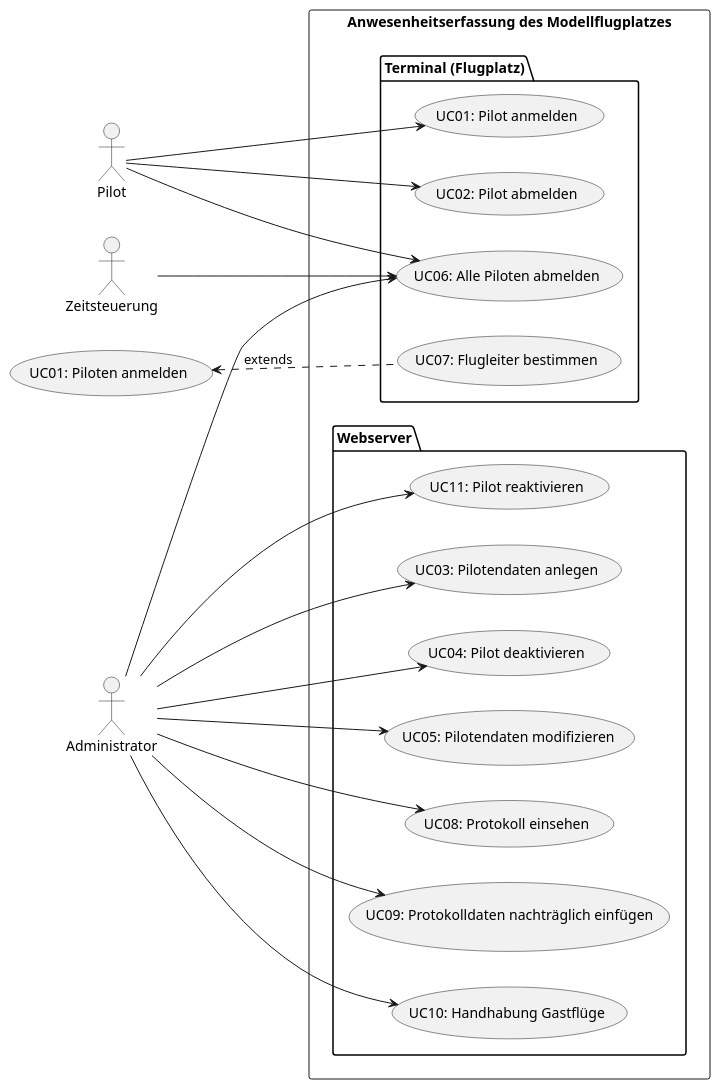
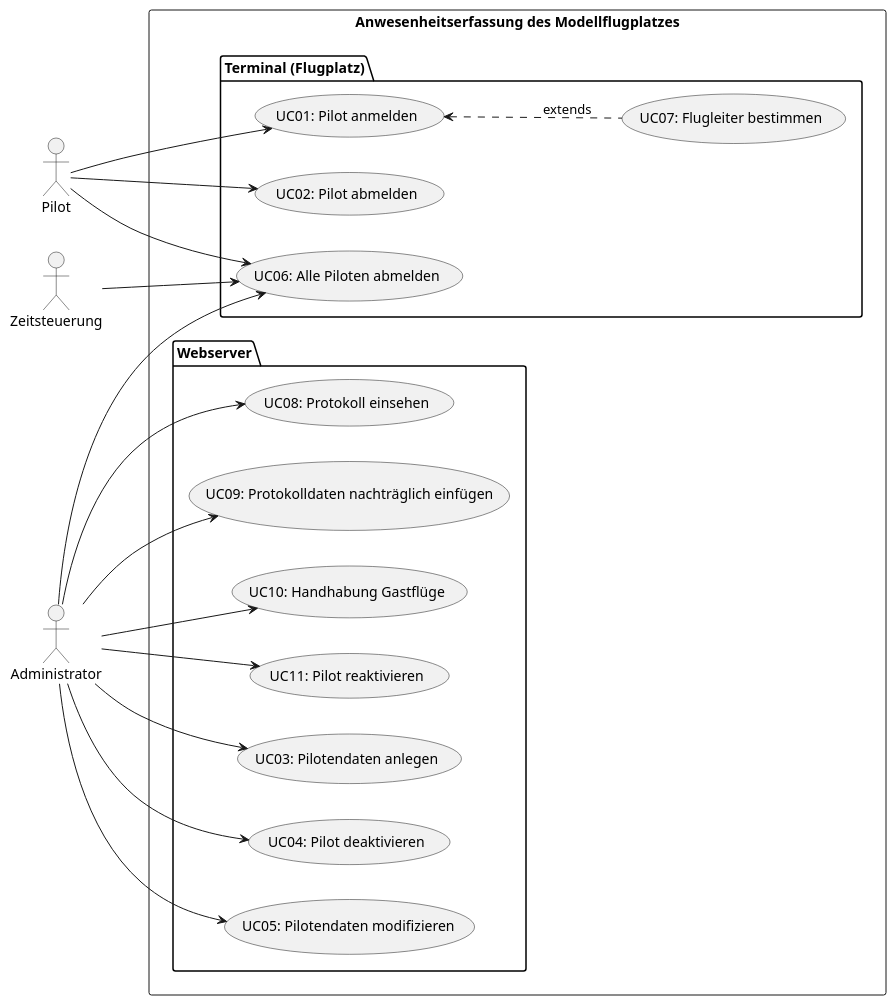
The diagram in docs/requirements/images/Use-Case-Diagramm/use_case_diagram.puml (Lernni/E2-Anwesenheitserfassung-fuer-Modellflugplatz), drawn with PlantUML before and after one commit. The commit also changed 2 other files, not shown here.

Commit message:
#100 Update C4-Modell und Use-Case-Diagramm

```diff
--- a/docs/requirements/images/Use-Case-Diagramm/use_case_diagram.puml
+++ b/docs/requirements/images/Use-Case-Diagramm/use_case_diagram.puml
@@ -1,64 +1,64 @@
 @startuml use_case_diagram
 
 left to right direction
 
 actor Pilot
 
 actor Administrator
 
 actor Zeitsteuerung
 
 rectangle "Anwesenheitserfassung des Modellflugplatzes" {
   
   package "Terminal (Flugplatz)"{
 
   (UC01: Pilot anmelden)
   (UC02: Pilot abmelden)
   (UC06: Alle Piloten abmelden)
   (UC07: Flugleiter bestimmen)
 
   }
   
   package "Webserver"{
 
   (UC03: Pilotendaten anlegen)
   (UC04: Pilot deaktivieren)
   (UC05: Pilotendaten modifizieren)
   (UC08: Protokoll einsehen)
   (UC09: Protokolldaten nachträglich einfügen)
   (UC10: Handhabung Gastflüge)
   (UC11: Pilot reaktivieren)
   
   }
 }
 
 
 Pilot --> (UC01: Pilot anmelden)
-(UC01: Piloten anmelden) <.down. (UC07: Flugleiter bestimmen) : extends
+(UC01: Pilot anmelden) <.down. (UC07: Flugleiter bestimmen) : extends
 
 Pilot --> (UC02: Pilot abmelden)
 
 Pilot --> (UC06: Alle Piloten abmelden)
 
 
 Administrator --> (UC03: Pilotendaten anlegen) 
 
 Administrator --> (UC04: Pilot deaktivieren) 
 
 Administrator --> (UC05: Pilotendaten modifizieren) 
 
 Administrator --> (UC08: Protokoll einsehen) 
 
 Administrator --> (UC09: Protokolldaten nachträglich einfügen) 
 
 Administrator -->  (UC10: Handhabung Gastflüge)
 
 Administrator --> (UC06: Alle Piloten abmelden)
 
 Administrator --> (UC11: Pilot reaktivieren)
 
 
 Zeitsteuerung --> (UC06: Alle Piloten abmelden)
 
 
 @enduml
```
